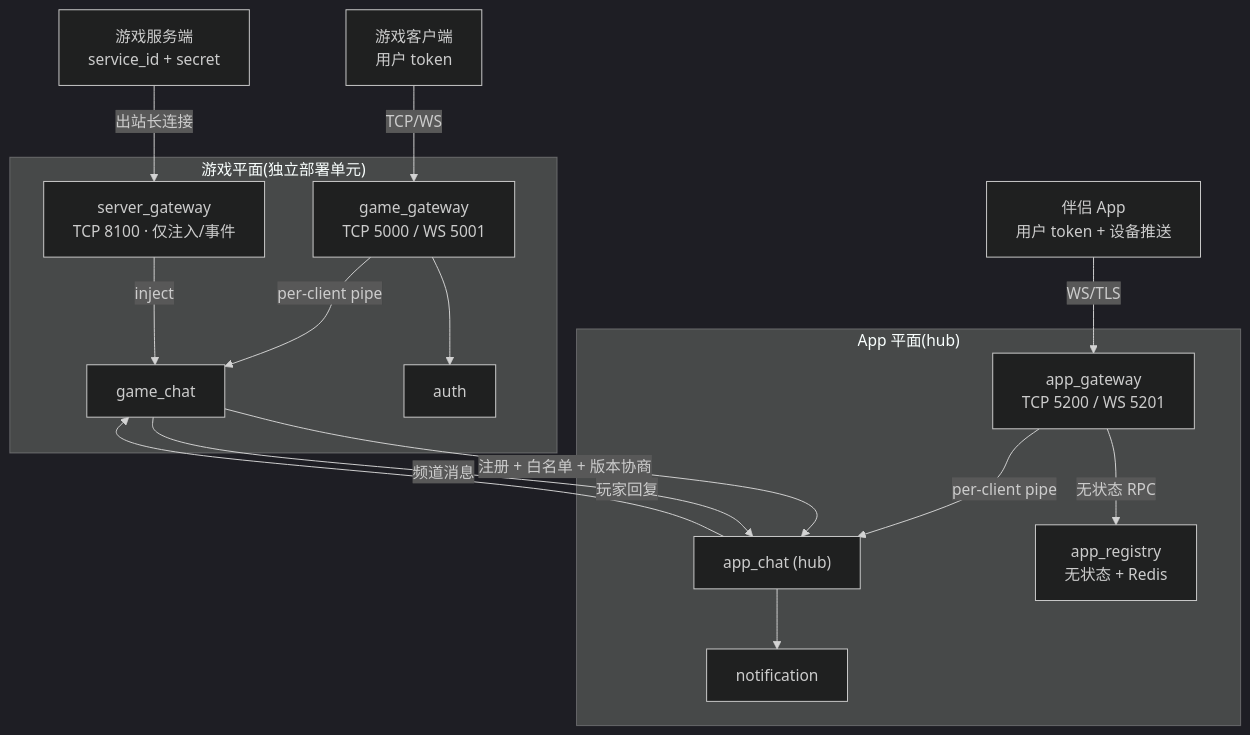
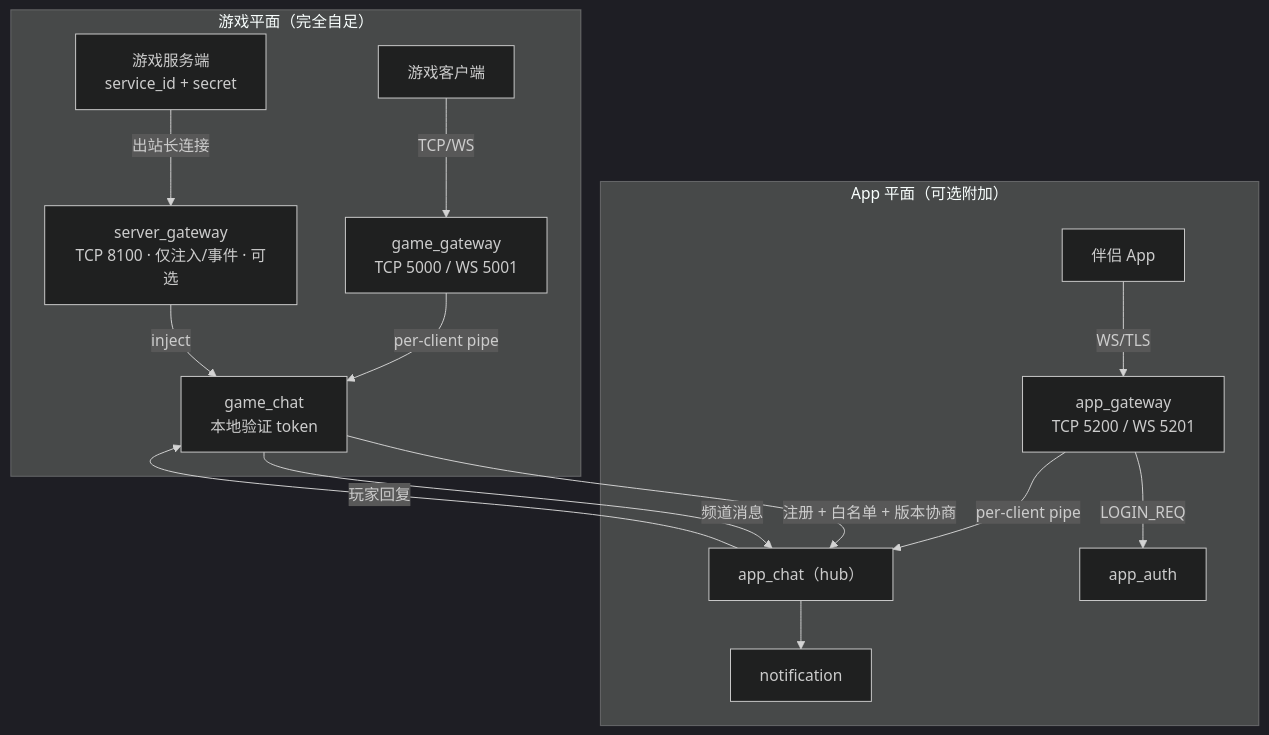
One commit to cuihairu/chirp changed the diagram in README.md. Above: the diagram before and after it, drawn with Mermaid (dark theme). The commit also changed other lines of this file and 2 other files, not shown here.

Commit message:
docs: simplify to 5 components, auth renamed to app_auth
Remove app_registry (app_chat handles identity/subscription/unread
internally). Rename auth to app_auth (only serves the app plane).
Game plane is fully self-contained: game_chat verifies tokens locally
via --token_secret, no external auth dependency. Final component list:
game_gateway, game_chat, server_gateway (game plane);
app_gateway, app_chat, app_auth, notification (app plane).

````diff
--- a/README.md
+++ b/README.md
@@ -33,33 +33,31 @@
 ```mermaid
 flowchart TB
-    Game["游戏客户端<br/>用户 token"]
-    App["伴侣 App<br/>用户 token + 设备推送"]
+    Game["游戏客户端"]
+    App["伴侣 App"]
     GS["游戏服务端<br/>service_id + secret"]
 
-    subgraph gp["游戏平面(独立部署单元)"]
+    subgraph gp["游戏平面（完全自足）"]
         GG["game_gateway<br/>TCP 5000 / WS 5001"]
-        GCHAT["game_chat"]
-        SG["server_gateway<br/>TCP 8100 · 仅注入/事件"]
-        AUTH["auth"]
+        GCHAT["game_chat<br/>本地验证 token"]
+        SG["server_gateway<br/>TCP 8100 · 仅注入/事件 · 可选"]
         GG -->|per-client pipe| GCHAT
         SG -->|inject| GCHAT
-        GG --> AUTH
+        Game -- "TCP/WS" --> GG
+        GS -- "出站长连接" --> SG
     end
 
-    subgraph ap["App 平面(hub)"]
+    subgraph ap["App 平面（可选附加）"]
         AG["app_gateway<br/>TCP 5200 / WS 5201"]
-        ACHAT["app_chat (hub)"]
-        AREG["app_registry<br/>无状态 + Redis"]
+        ACHAT["app_chat（hub）"]
+        APPAUTH["app_auth"]
         NOTIF["notification"]
         AG -->|per-client pipe| ACHAT
-        AG -->|无状态 RPC| AREG
+        AG -->|LOGIN_REQ| APPAUTH
         ACHAT --> NOTIF
+        App -- "WS/TLS" --> AG
     end
 
-    Game -- "TCP/WS" --> GG
-    App -- "WS/TLS" --> AG
-    GS -- "出站长连接" --> SG
     GCHAT -->|"注册 + 白名单 + 版本协商"| ACHAT
     GCHAT -->|"频道消息"| ACHAT
     ACHAT -->|"玩家回复"| GCHAT
 ```
````
